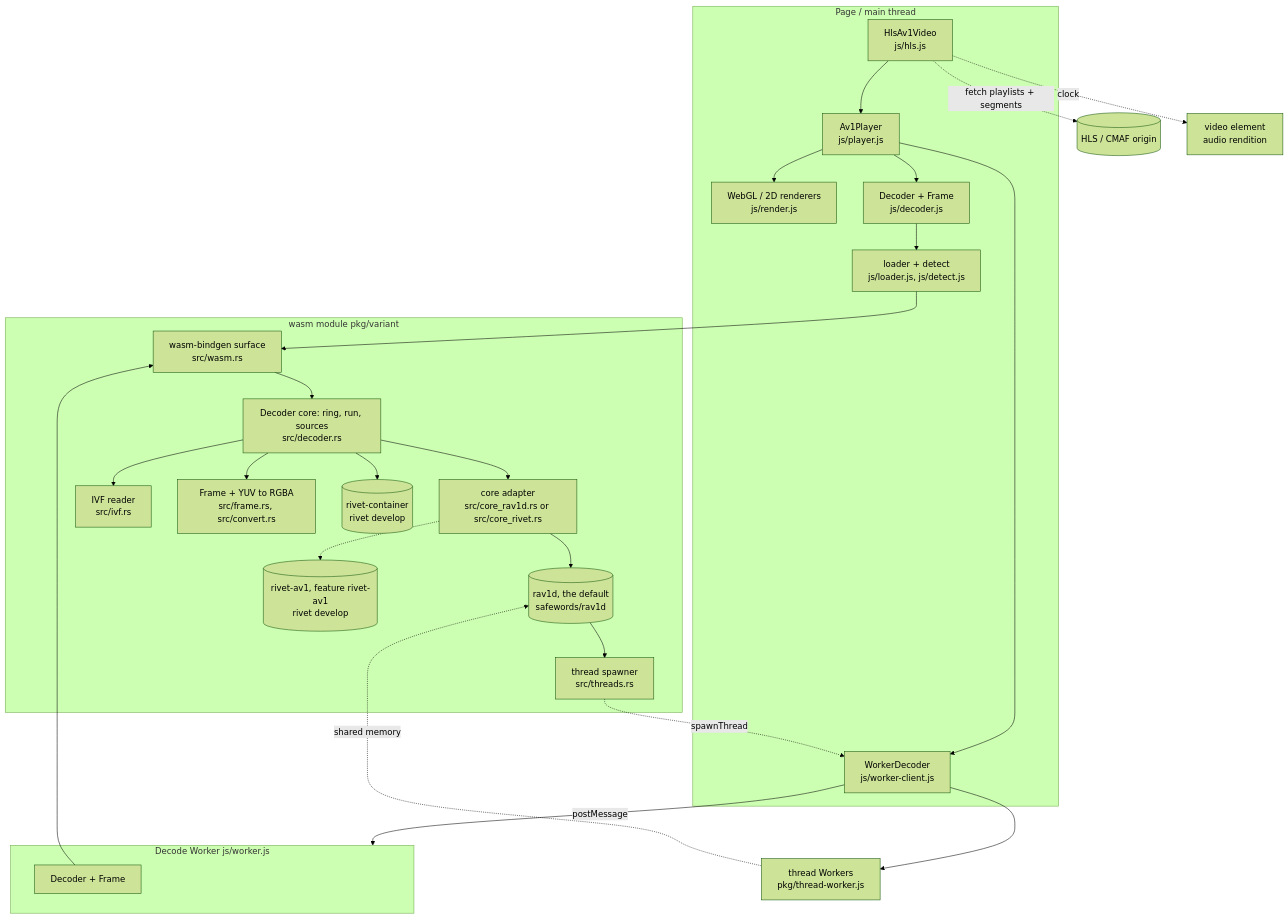
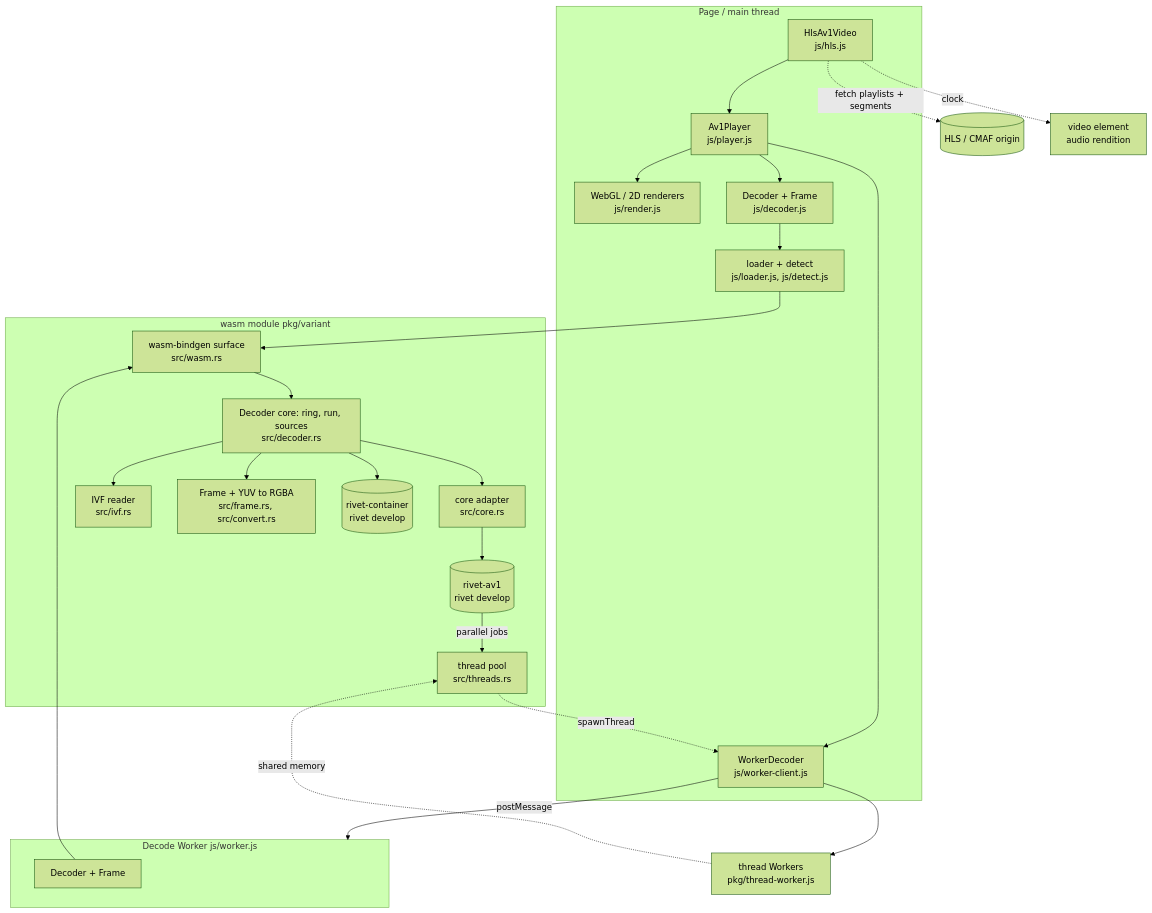
One commit to safewords/wasm-av1 changed the diagram in docs/features/README.md. Above: the diagram before and after it, drawn with Mermaid (forest theme). The commit also changed other lines of this file and 16 other files, not shown here.

Commit message:
Docs for rivet-av1 as the only decoder: what it is and what it replaced, that it is slower than rav1d and scales poorly with threads (the measured tables stay as the baseline), its licence in NOTICE, every breaking change in CHANGELOG; docs/rav1d.md and the upstreamed rivet-av1 patches are deleted.

````diff
--- a/docs/features/README.md
+++ b/docs/features/README.md
@@ -23,43 +26,41 @@
 ```mermaid
 flowchart TB
   subgraph page[Page / main thread]
     hls[HlsAv1Video<br/>js/hls.js]
     player[Av1Player<br/>js/player.js]
     render[WebGL / 2D renderers<br/>js/render.js]
     wclient[WorkerDecoder<br/>js/worker-client.js]
     jsdec[Decoder + Frame<br/>js/decoder.js]
     loader[loader + detect<br/>js/loader.js, js/detect.js]
   end
   subgraph worker[Decode Worker  js/worker.js]
     wdec[Decoder + Frame]
   end
   subgraph wasm[wasm module  pkg/variant]
     bind[wasm-bindgen surface<br/>src/wasm.rs]
     core[Decoder core: ring, run, sources<br/>src/decoder.rs]
-    adapter[core adapter<br/>src/core_rav1d.rs or src/core_rivet.rs]
+    adapter[core adapter<br/>src/core.rs]
     ivf[IVF reader<br/>src/ivf.rs]
     frame[Frame + YUV to RGBA<br/>src/frame.rs, src/convert.rs]
-    threads[thread spawner<br/>src/threads.rs]
-    rav1d[(rav1d, the default<br/>safewords/rav1d)]
-    rivetav1[(rivet-av1, feature rivet-av1<br/>rivet develop)]
+    threads[thread pool<br/>src/threads.rs]
+    rivetav1[(rivet-av1<br/>rivet develop)]
     rivet[(rivet-container<br/>rivet develop)]
   end
   tw[thread Workers<br/>pkg/thread-worker.js]
 
   hls --> player --> render
   player --> jsdec
   player --> wclient -- postMessage --> worker
   jsdec --> loader --> bind
   wdec --> bind
   bind --> core
   core --> ivf
   core --> rivet
   core --> adapter
-  adapter --> rav1d
-  adapter -.-> rivetav1
+  adapter --> rivetav1
   core --> frame
-  rav1d --> threads -. spawnThread .-> wclient --> tw
-  tw -. shared memory .-> rav1d
+  rivetav1 -- parallel jobs --> threads -. spawnThread .-> wclient --> tw
+  tw -. shared memory .-> threads
   hls -. fetch playlists + segments .-> cdn[(HLS / CMAF origin)]
   hls -. clock .-> video[video element<br/>audio rendition]
 ```
````
